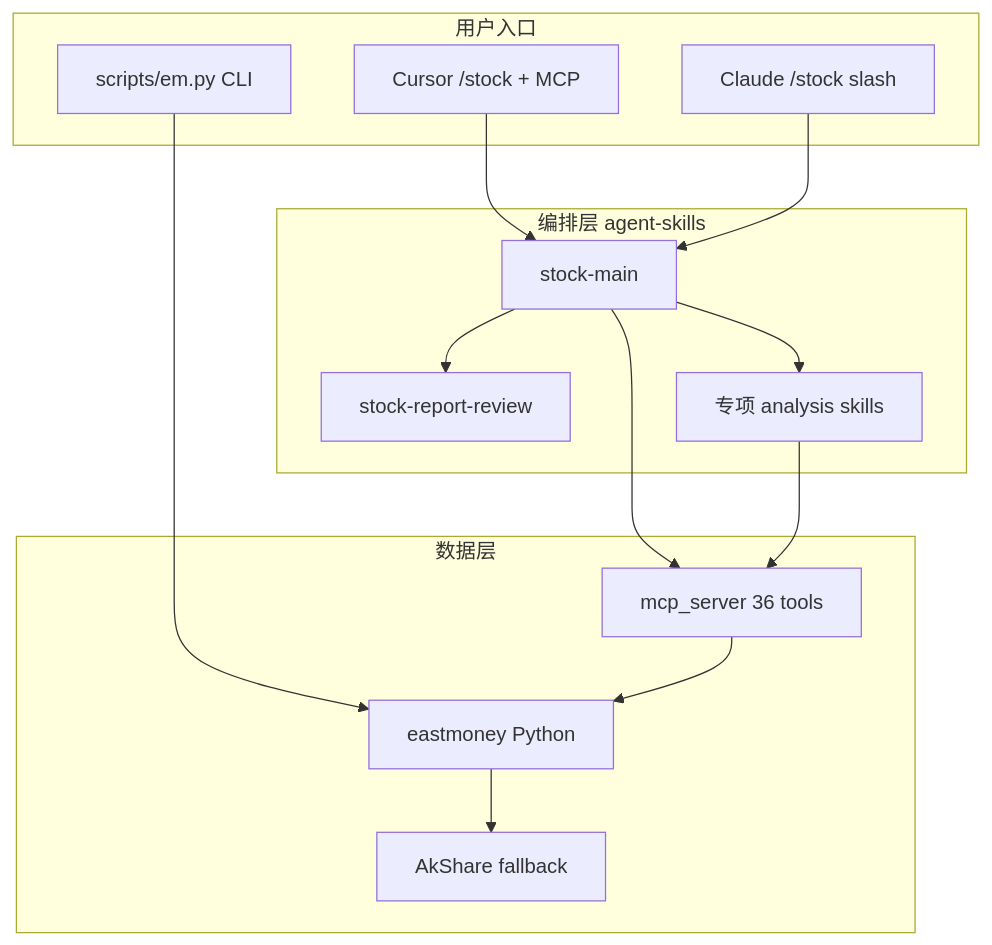
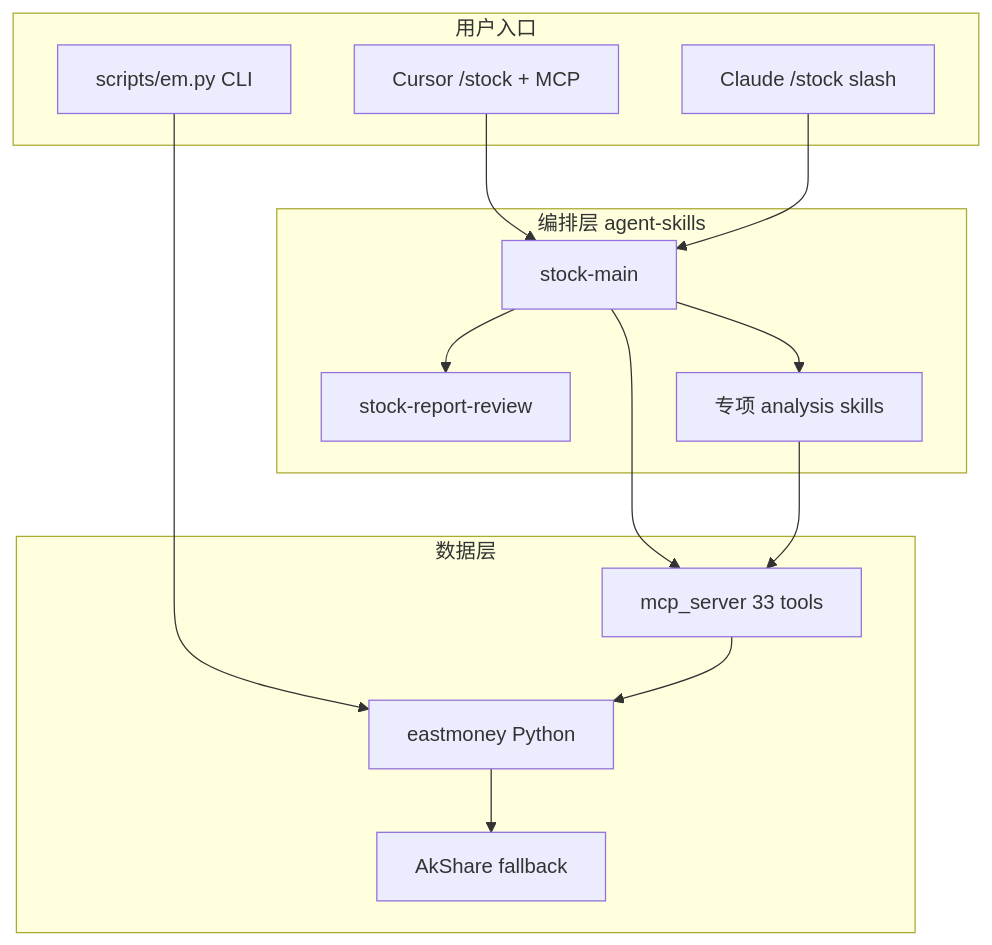
Before and after one commit to tetap/stock-skills: the diagram in AGENTS.md, drawn with Mermaid. The commit also changed other lines of this file and 53 other files, not shown here.

````diff
--- a/AGENTS.md
+++ b/AGENTS.md
@@ -11,30 +11,30 @@
 ```mermaid
 flowchart TB
   subgraph entry [用户入口]
     Cursor["Cursor /stock + MCP"]
     Claude["Claude /stock slash"]
     CLI["scripts/em.py CLI"]
   end
 
   subgraph orchestration [编排层 agent-skills]
     Main[stock-main]
     Review[stock-report-review]
     Dim[专项 analysis skills]
   end
 
   subgraph data [数据层]
-    MCP[mcp_server 36 tools]
+    MCP[mcp_server 33 tools]
     EM[eastmoney Python]
     FB[AkShare fallback]
   end
 
   Cursor --> Main
   Claude --> Main
   CLI --> EM
   Main --> Review
   Main --> Dim
   Main --> MCP
   Dim --> MCP
   MCP --> EM
   EM --> FB
 ```
````
